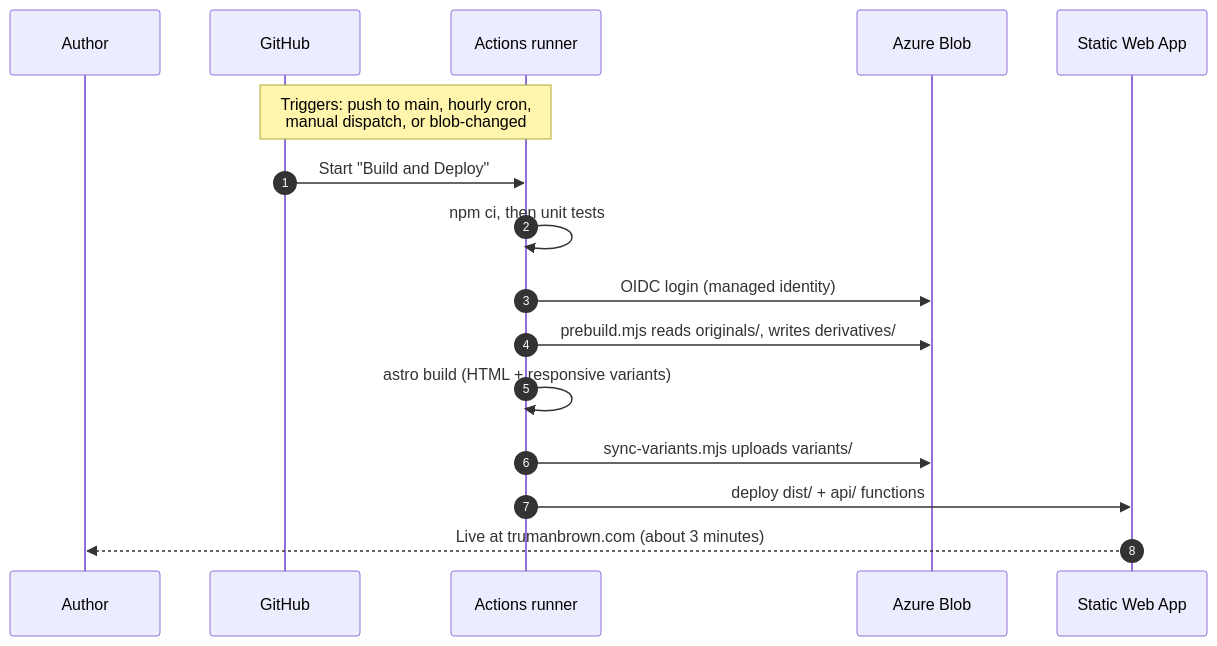
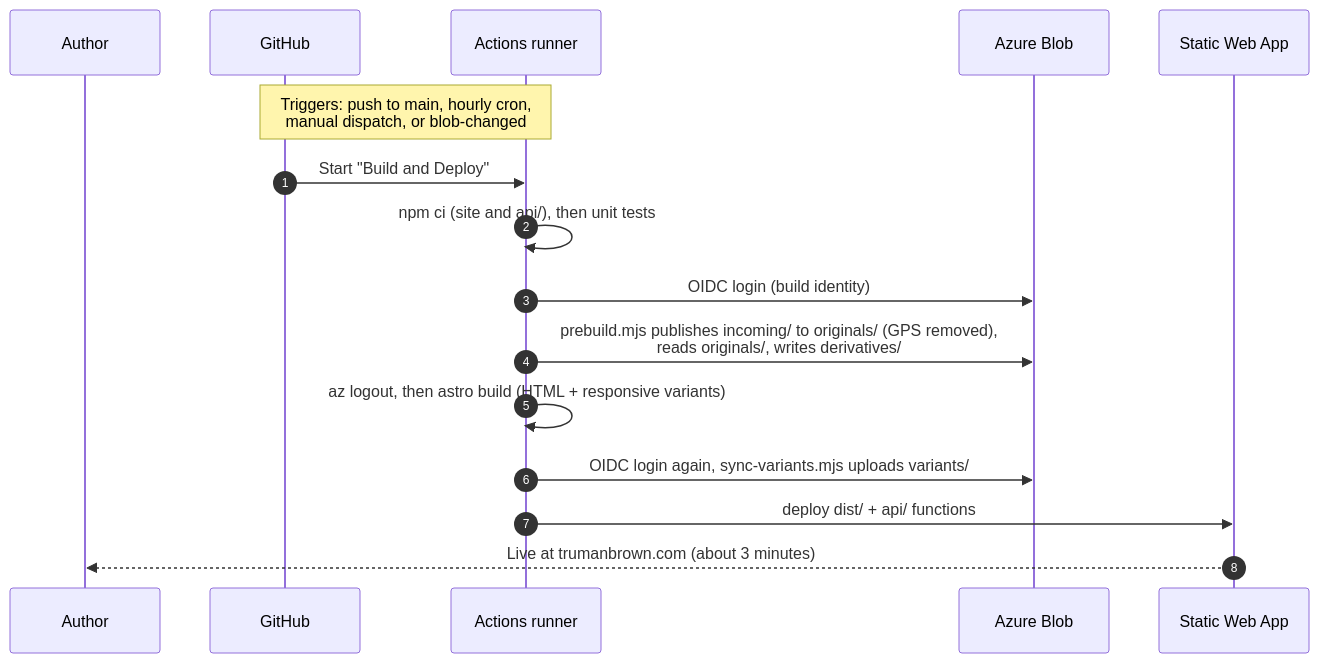
The second of 3 diagrams in docs/architecture.md (TrumanBrown/photography-website), drawn with Mermaid before and after one commit. The commit also changed other lines of this file and 14 other files, not shown here.

````diff
--- a/docs/architecture.md
+++ b/docs/architecture.md
@@ -160,18 +163,18 @@
 ```mermaid
 sequenceDiagram
     autonumber
     participant Dev as Author
     participant GH as GitHub
     participant GA as Actions runner
     participant AZ as Azure Blob
     participant SWA as Static Web App
     Note over GH,GA: Triggers: push to main, hourly cron,<br/>manual dispatch, or blob-changed
     GH->>GA: Start "Build and Deploy"
-    GA->>GA: npm ci, then unit tests
-    GA->>AZ: OIDC login (managed identity)
-    GA->>AZ: prebuild.mjs reads originals/, writes derivatives/
-    GA->>GA: astro build (HTML + responsive variants)
-    GA->>AZ: sync-variants.mjs uploads variants/
+    GA->>GA: npm ci (site and api/), then unit tests
+    GA->>AZ: OIDC login (build identity)
+    GA->>AZ: prebuild.mjs publishes incoming/ to originals/ (GPS removed),<br/>reads originals/, writes derivatives/
+    GA->>GA: az logout, then astro build (HTML + responsive variants)
+    GA->>AZ: OIDC login again, sync-variants.mjs uploads variants/
     GA->>SWA: deploy dist/ + api/ functions
     SWA-->>Dev: Live at trumanbrown.com (about 3 minutes)
 ```
````
